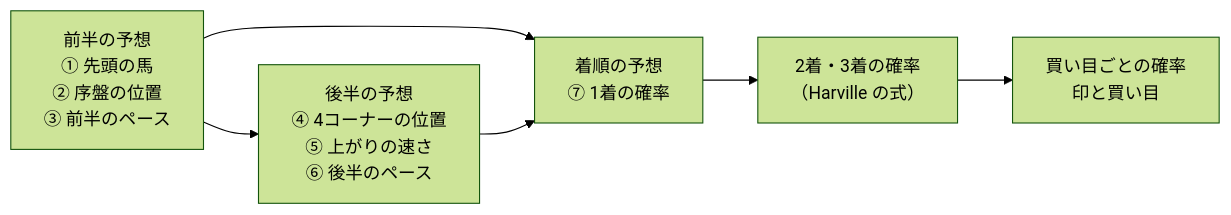
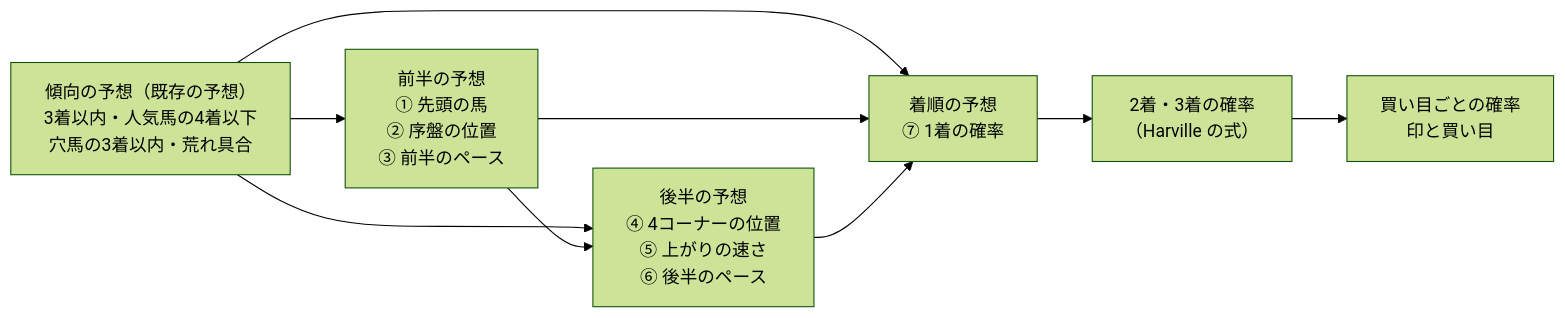
Before and after one commit to ht-0328/keiba-yosou: the diagram in docs/design/展開から着順を予想/01-overview.md, drawn with Mermaid (forest theme). The commit also changed other lines of this file and 9 other files, not shown here.

````diff
--- a/docs/design/展開から着順を予想/01-overview.md
+++ b/docs/design/展開から着順を予想/01-overview.md
@@ -87,8 +93,11 @@
 ```mermaid
 flowchart LR
+    T["傾向の予想（既存の予想）<br>3着以内・人気馬の4着以下<br>穴馬の3着以内・荒れ具合"] --> F
+    T --> L
+    T --> W
     F["前半の予想<br>① 先頭の馬<br>② 序盤の位置<br>③ 前半のペース"] --> L["後半の予想<br>④ 4コーナーの位置<br>⑤ 上がりの速さ<br>⑥ 後半のペース"]
     F --> W["着順の予想<br>⑦ 1着の確率"]
     L --> W
     W --> O["2着・3着の確率<br>（Harville の式）"]
     O --> B["買い目ごとの確率<br>印と買い目"]
 ```
````
